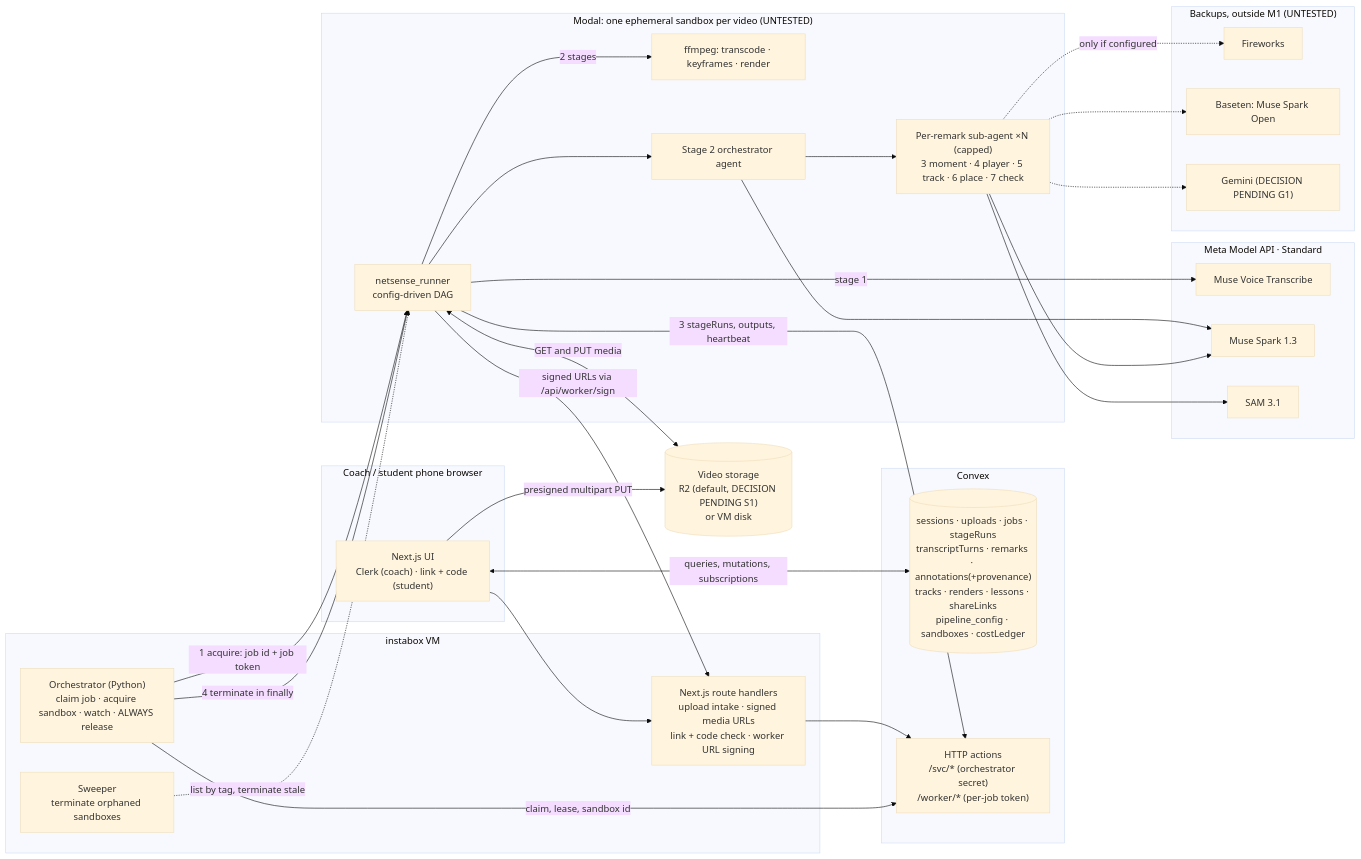
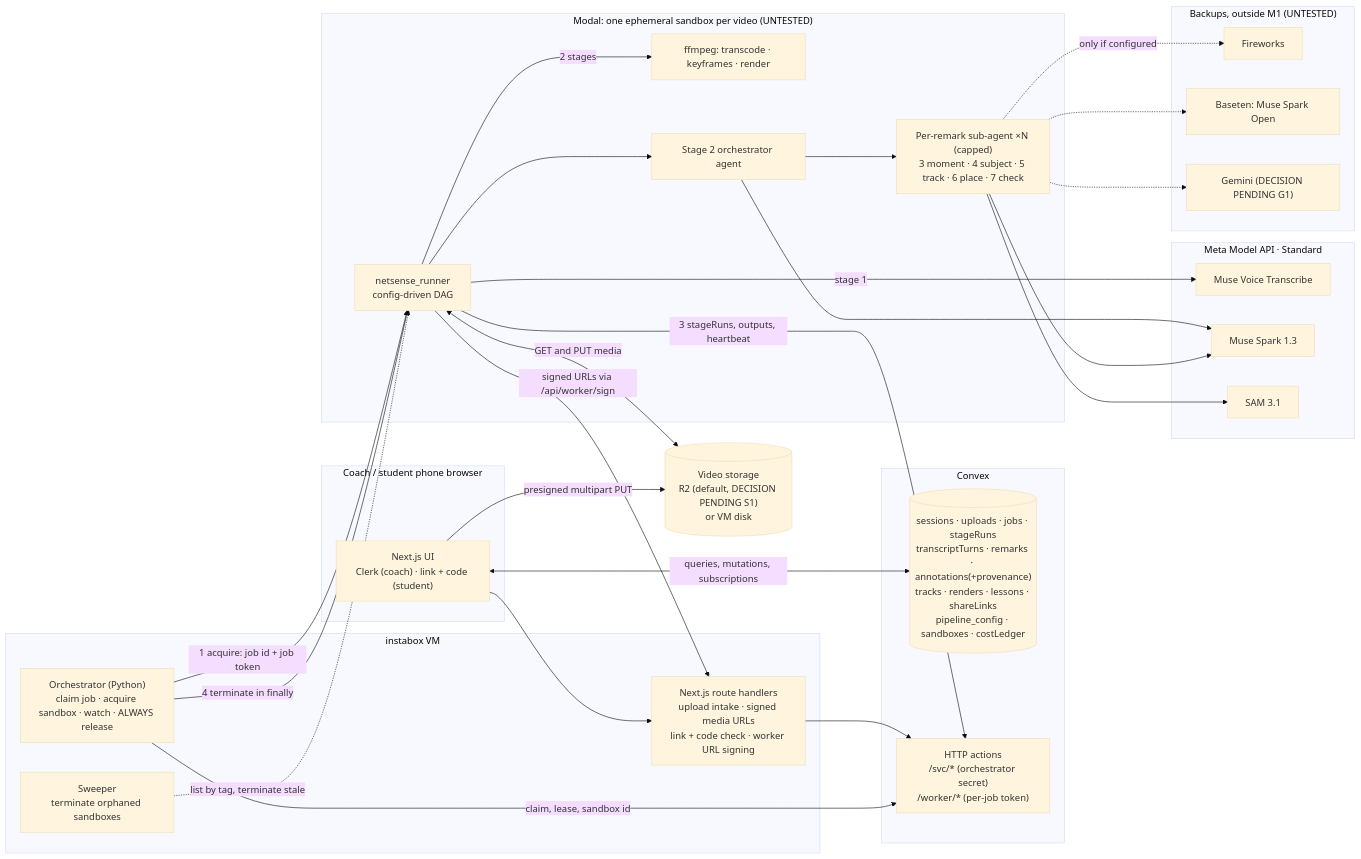
Before and after one commit to balasivagn/netsense: the diagram in SPEC.md, drawn with Mermaid (base theme). The commit also changed other lines of this file and 9 other files, not shown here.

````diff
--- a/SPEC.md
+++ b/SPEC.md
@@ -138,52 +143,52 @@
 ```mermaid
 flowchart LR
   subgraph Browser["Coach / student phone browser"]
     UI["Next.js UI<br/>Clerk (coach) · link + code (student)"]
   end
   subgraph VM["instabox VM"]
     API["Next.js route handlers<br/>upload intake · signed media URLs<br/>link + code check · worker URL signing"]
     ORC["Orchestrator (Python)<br/>claim job · acquire sandbox · watch · ALWAYS release"]
     SW["Sweeper<br/>terminate orphaned sandboxes"]
   end
   subgraph Convex["Convex"]
     DB[("sessions · uploads · jobs · stageRuns<br/>transcriptTurns · remarks · annotations(+provenance)<br/>tracks · renders · lessons · shareLinks<br/>pipeline_config · sandboxes · costLedger")]
     HTTP["HTTP actions<br/>/svc/* (orchestrator secret)<br/>/worker/* (per-job token)"]
   end
   subgraph Modal["Modal: one ephemeral sandbox per video (UNTESTED)"]
     RUN["netsense_runner<br/>config-driven DAG"]
     FF["ffmpeg: transcode · keyframes · render"]
     S2["Stage 2 orchestrator agent"]
-    PR["Per-remark sub-agent ×N (capped)<br/>3 moment · 4 player · 5 track · 6 place · 7 check"]
+    PR["Per-remark sub-agent ×N (capped)<br/>3 moment · 4 subject · 5 track · 6 place · 7 check"]
   end
   ST[("Video storage<br/>R2 (default, DECISION PENDING S1)<br/>or VM disk")]
   subgraph Meta["Meta Model API · Standard"]
     VT["Muse Voice Transcribe"]
     MS["Muse Spark 1.3"]
     SAM["SAM 3.1"]
   end
   subgraph Backup["Backups, outside M1 (UNTESTED)"]
     FW["Fireworks"]
     BT["Baseten: Muse Spark Open"]
     GM["Gemini (DECISION PENDING G1)"]
   end
   UI -->|presigned multipart PUT| ST
   UI <-->|queries, mutations, subscriptions| DB
   UI --> API
   API --> HTTP
   ORC -->|claim, lease, sandbox id| HTTP
   ORC -->|"1 acquire: job id + job token"| RUN
   ORC -->|"4 terminate in finally"| RUN
   SW -.->|list by tag, terminate stale| RUN
   RUN -->|"2 stages"| FF
   RUN --> S2 --> PR
   RUN -->|stage 1| VT
   S2 --> MS
   PR --> MS
   PR --> SAM
   RUN -->|"3 stageRuns, outputs, heartbeat"| HTTP
   RUN -->|"signed URLs via /api/worker/sign"| API
   RUN <-->|GET and PUT media| ST
   PR -.->|only if configured| FW
   PR -.-> BT
   PR -.-> GM
 ```
````
